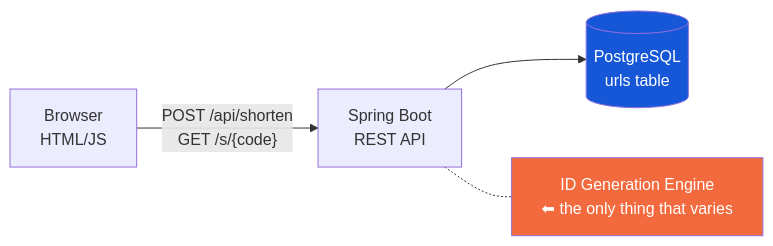
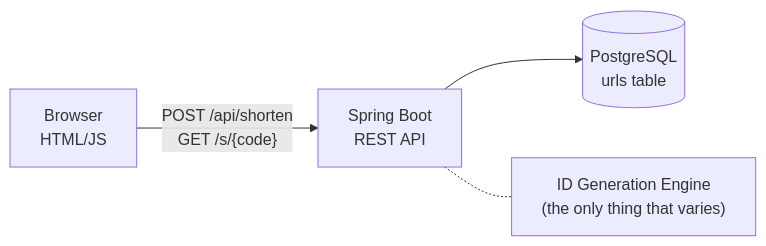
One commit to MohamedBenTaher/shorty changed the first of 3 diagrams in docs/case-study-url-shortener.md. Above: the diagram before and after it, drawn with Mermaid. The commit also changed other lines of this file, not shown here.

Commit message:
docs: rewrite case study in first-person tone, drop client framing, simplify diagrams

````diff
--- a/docs/case-study-url-shortener.md
+++ b/docs/case-study-url-shortener.md
@@ -34,15 +34,12 @@
 ```mermaid
 graph LR
     Browser["Browser
     HTML/JS"] -->|"POST /api/shorten
     GET /s/{code}"| API["Spring Boot
     REST API"]
     API --> DB[("PostgreSQL
     urls table")]
 
     API -.- SVC["ID Generation Engine
-    ⬅ the only thing that varies"]
-
-    style SVC fill:#f26a3d,color:#fff
-    style DB fill:#1557d6,color:#fff
+    (the only thing that varies)"]
 ```
````
